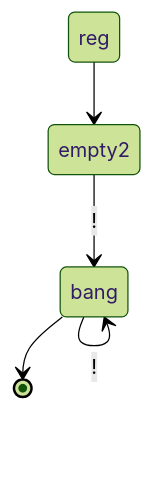
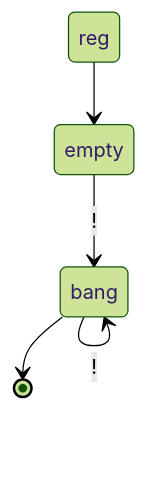
Diagram 18 of 39 in _posts/2019-09-21-regular-expressions.md (raganwald/raganwald.github.com), drawn with Mermaid (forest theme) before and after one commit. The commit also changed other lines of this file, not shown here.

```diff
--- a/_posts/2019-09-21-regular-expressions.md
+++ b/_posts/2019-09-21-regular-expressions.md
@@ -2101,7 +2119,7 @@
 <div class="mermaid">
   stateDiagram
-    reg-->empty2
-    empty2-->bang : !
+    reg-->empty
+    empty-->bang : !
     bang-->bang : !
     bang-->[*]
 </div>
```
